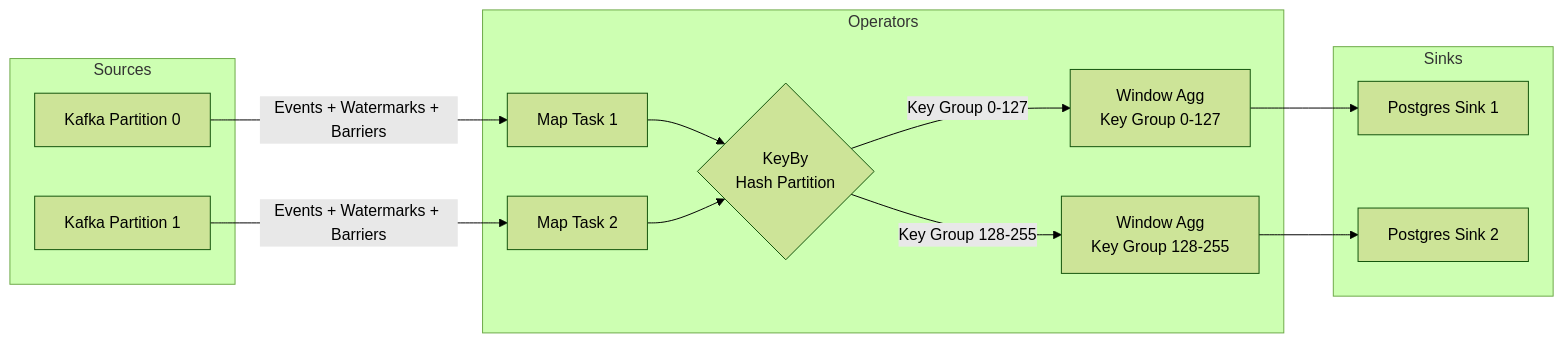
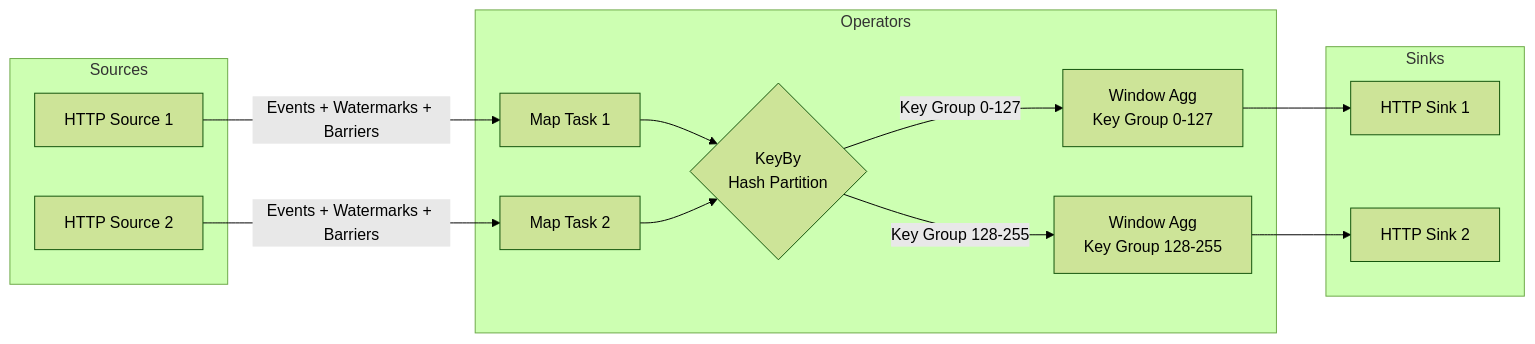
One commit to tarungka/wire changed the third of 12 diagrams in docs/diagrams.md. Above: the diagram before and after it, drawn with Mermaid (forest theme). The commit also changed other lines of this file and 6 other files, not shown here.

````diff
--- a/docs/diagrams.md
+++ b/docs/diagrams.md
@@ -91,29 +91,29 @@
 ```mermaid
 flowchart LR
     subgraph Sources
-        KA[Kafka Partition 0]
-        KB[Kafka Partition 1]
+        KA[HTTP Source 1]
+        KB[HTTP Source 2]
     end
 
     subgraph Operators
         M1[Map Task 1]
         M2[Map Task 2]
         KBY{KeyBy<br/>Hash Partition}
         WA1[Window Agg<br/>Key Group 0-127]
         WA2[Window Agg<br/>Key Group 128-255]
     end
 
     subgraph Sinks
-        PG1[Postgres Sink 1]
-        PG2[Postgres Sink 2]
+        PG1[HTTP Sink 1]
+        PG2[HTTP Sink 2]
     end
 
     KA -->|Events + Watermarks + Barriers| M1
     KB -->|Events + Watermarks + Barriers| M2
     M1 --> KBY
     M2 --> KBY
     KBY -->|Key Group 0-127| WA1
     KBY -->|Key Group 128-255| WA2
     WA1 --> PG1
     WA2 --> PG2
 ```
````
